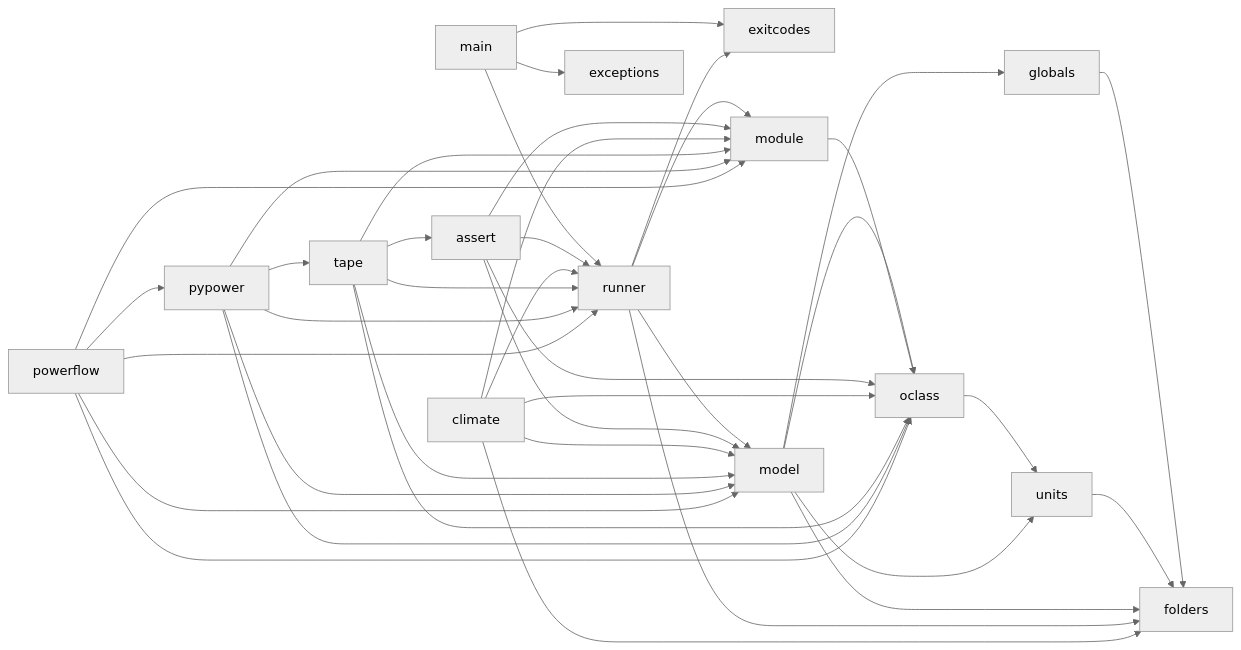
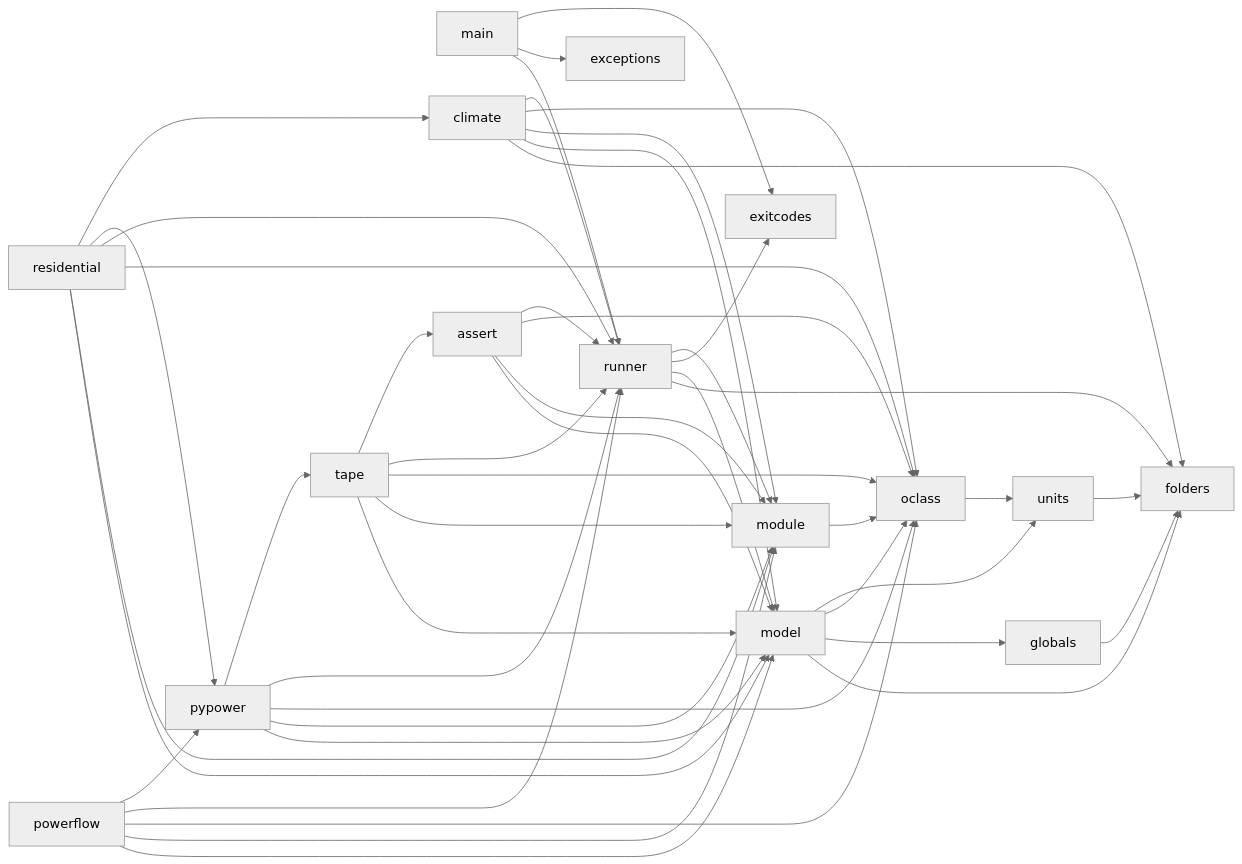
Before and after one commit to arras-energy/arras: the diagram in DESIGN.md, drawn with Mermaid (neutral theme). The commit also changed other lines of this file and 25 other files, not shown here.

First line of the commit message:
Add the gridlabd residential module as a Python package (src/residential): residential_enduse, house, and ZIPload

````diff
--- a/DESIGN.md
+++ b/DESIGN.md
@@ -439,42 +465,48 @@
 ```mermaid
 flowchart LR
   main --> runner
   main --> exceptions
   main --> exitcodes
   globals --> folders
   units --> folders
   model --> folders
   runner --> folders
   runner --> model
   runner --> exitcodes
   runner --> module
   oclass --> units
   model --> globals
   model --> oclass
   model --> units
   module --> oclass
   assert --> model
   assert --> module
   assert --> oclass
   assert --> runner
   climate --> folders
   climate --> model
   climate --> module
   climate --> oclass
   climate --> runner
   tape --> model
   tape --> module
   tape --> oclass
   tape --> runner
   tape --> assert
   pypower --> model
   pypower --> module
   pypower --> oclass
   pypower --> runner
   pypower --> tape
   powerflow --> model
   powerflow --> module
   powerflow --> oclass
   powerflow --> runner
   powerflow --> pypower
+  residential --> model
+  residential --> module
+  residential --> oclass
+  residential --> runner
+  residential --> pypower
+  residential --> climate
 ```
````
